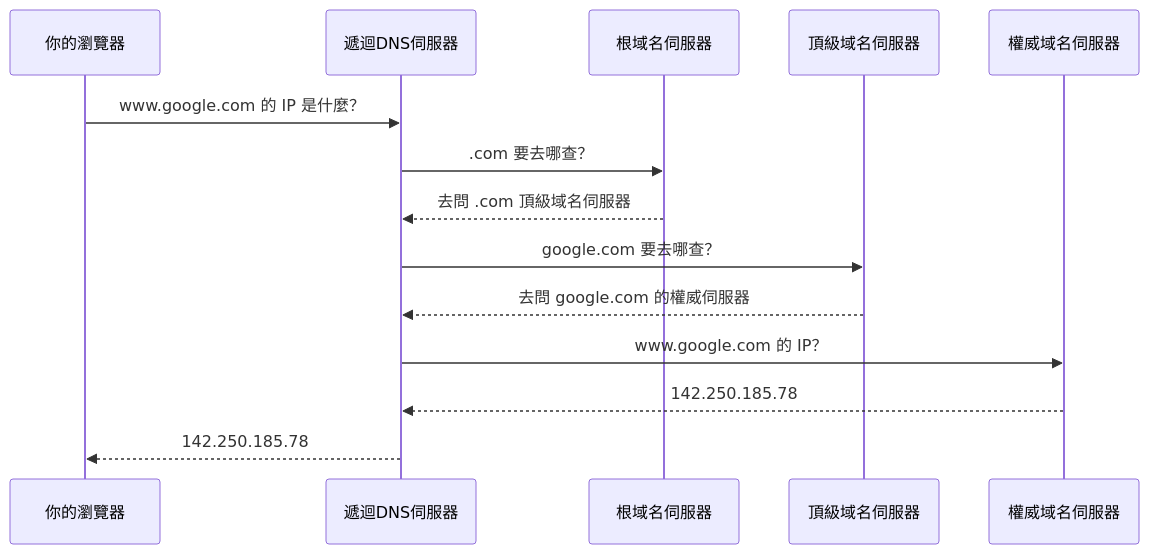
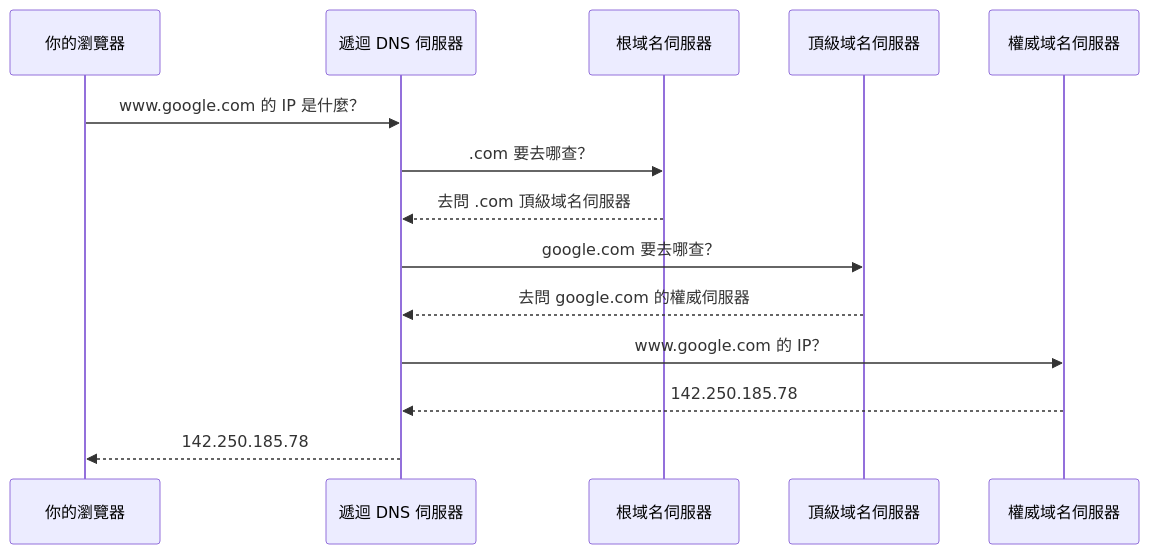
One commit to happyloa/Personal-Blog changed the diagram in src/content/posts/dns-explained-with-address-system.md. Above: the diagram before and after it, drawn with Mermaid. The commit also changed 13 other files, not shown here.

Commit message:
修整文章格式與 Mermaid 圖表

````diff
--- a/src/content/posts/dns-explained-with-address-system.md
+++ b/src/content/posts/dns-explained-with-address-system.md
@@ -91,17 +91,17 @@
 ```mermaid
 sequenceDiagram
-    participant 你的瀏覽器
-    participant 遞迴DNS伺服器
-    participant 根域名伺服器
-    participant 頂級域名伺服器
-    participant 權威域名伺服器
+    participant Browser as 你的瀏覽器
+    participant Resolver as 遞迴 DNS 伺服器
+    participant Root as 根域名伺服器
+    participant TLD as 頂級域名伺服器
+    participant Auth as 權威域名伺服器
 
-    你的瀏覽器->>遞迴DNS伺服器: www.google.com 的 IP 是什麼？
-    遞迴DNS伺服器->>根域名伺服器: .com 要去哪查？
-    根域名伺服器-->>遞迴DNS伺服器: 去問 .com 頂級域名伺服器
-    遞迴DNS伺服器->>頂級域名伺服器: google.com 要去哪查？
-    頂級域名伺服器-->>遞迴DNS伺服器: 去問 google.com 的權威伺服器
-    遞迴DNS伺服器->>權威域名伺服器: www.google.com 的 IP？
-    權威域名伺服器-->>遞迴DNS伺服器: 142.250.185.78
-    遞迴DNS伺服器-->>你的瀏覽器: 142.250.185.78
+    Browser->>Resolver: www.google.com 的 IP 是什麼？
+    Resolver->>Root: .com 要去哪查？
+    Root-->>Resolver: 去問 .com 頂級域名伺服器
+    Resolver->>TLD: google.com 要去哪查？
+    TLD-->>Resolver: 去問 google.com 的權威伺服器
+    Resolver->>Auth: www.google.com 的 IP？
+    Auth-->>Resolver: 142.250.185.78
+    Resolver-->>Browser: 142.250.185.78
 ```
````
